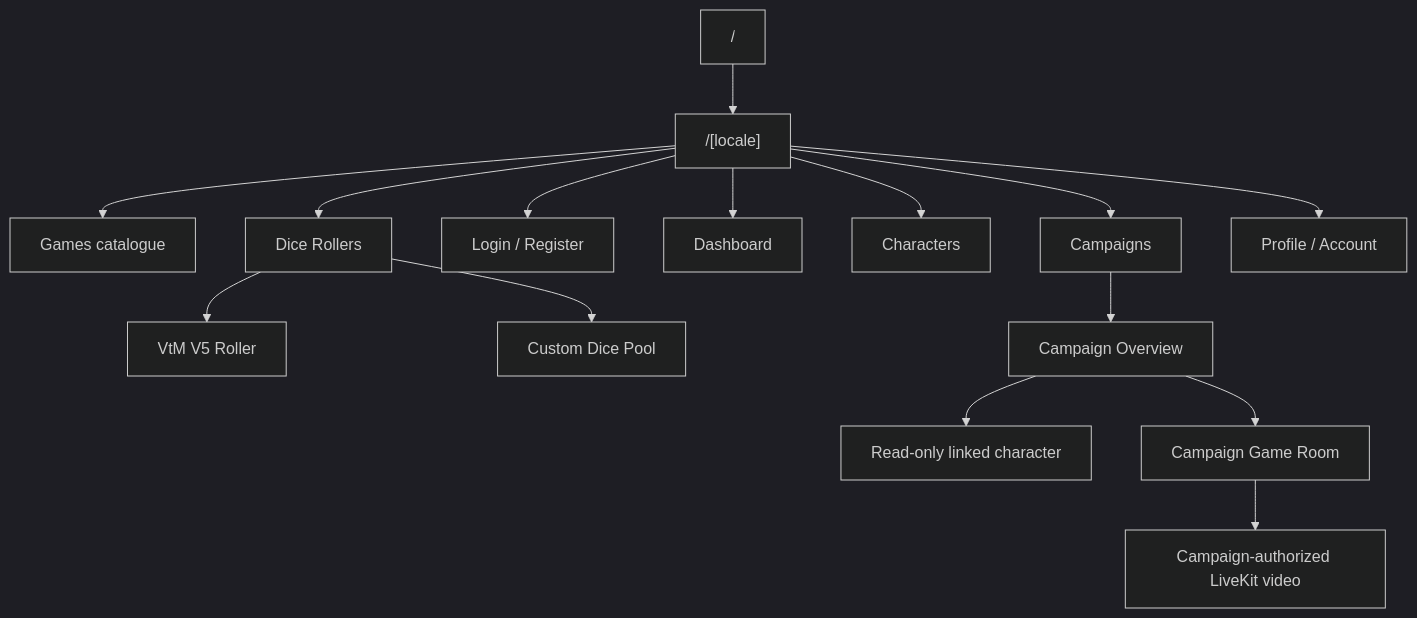
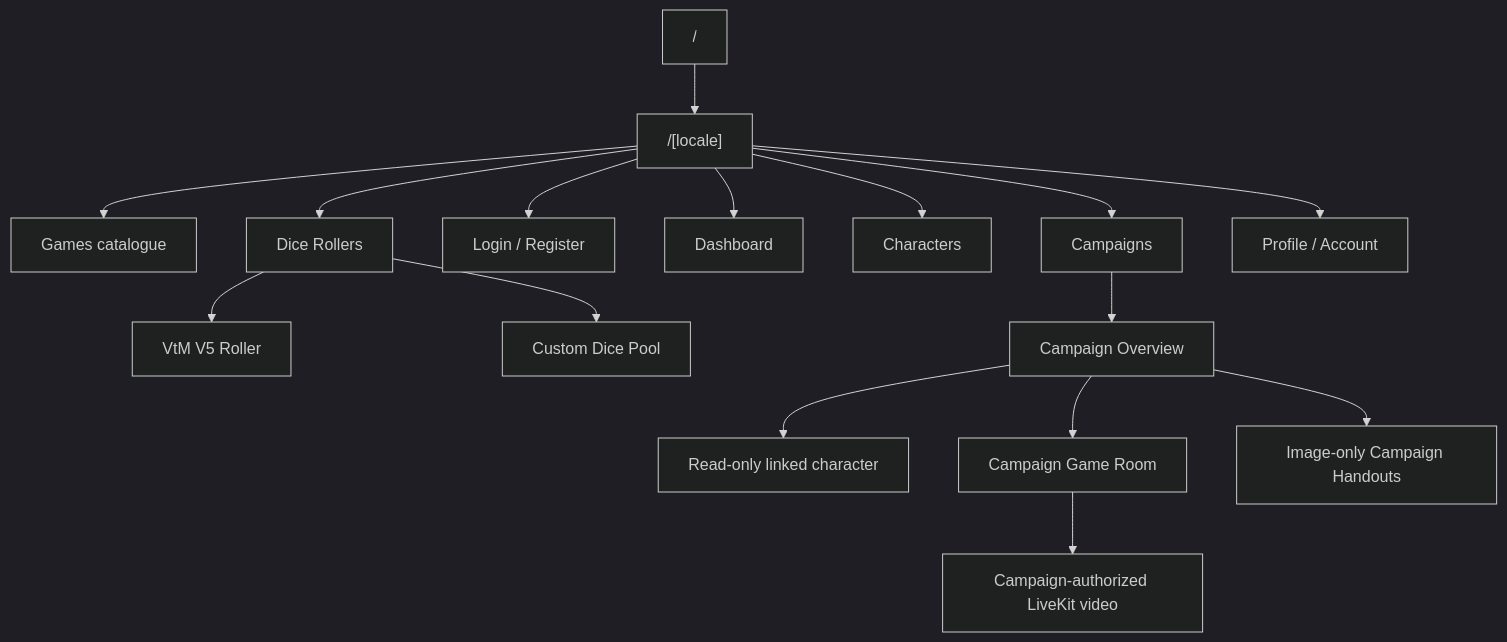
The first of 2 diagrams in docs/product/SITE_MAP.md (Andrey-0101/ttrpg-website), drawn with Mermaid (dark theme) before and after one commit. The commit also changed other lines of this file and 36 other files, not shown here.

First line of the commit message:
Phase 4C1: Campaign Handouts (#40)

````diff
--- a/docs/product/SITE_MAP.md
+++ b/docs/product/SITE_MAP.md
@@ -9,17 +9,18 @@
 ```mermaid
 flowchart TD
     ROOT["/"] --> LOCALE["/[locale]"]
     LOCALE --> GAMES["Games catalogue"]
     LOCALE --> DICE["Dice Rollers"]
     LOCALE --> AUTH["Login / Register"]
     LOCALE --> DASHBOARD["Dashboard"]
     LOCALE --> CHARACTERS["Characters"]
     LOCALE --> CAMPAIGNS["Campaigns"]
     LOCALE --> PROFILE["Profile / Account"]
     DICE --> VTM_DICE["VtM V5 Roller"]
     DICE --> CUSTOM_DICE["Custom Dice Pool"]
     CAMPAIGNS --> CAMPAIGN["Campaign Overview"]
     CAMPAIGN --> SHARED_CHARACTER["Read-only linked character"]
     CAMPAIGN --> GAME_ROOM["Campaign Game Room"]
+    CAMPAIGN --> HANDOUTS["Image-only Campaign Handouts"]
     GAME_ROOM --> VIDEO["Campaign-authorized LiveKit video"]
 ```
````
